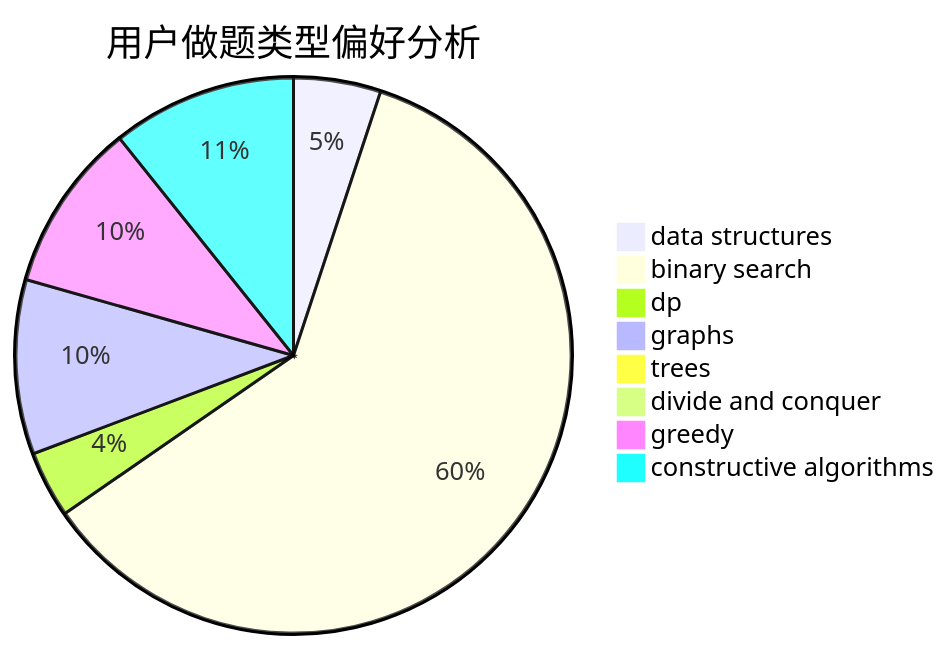
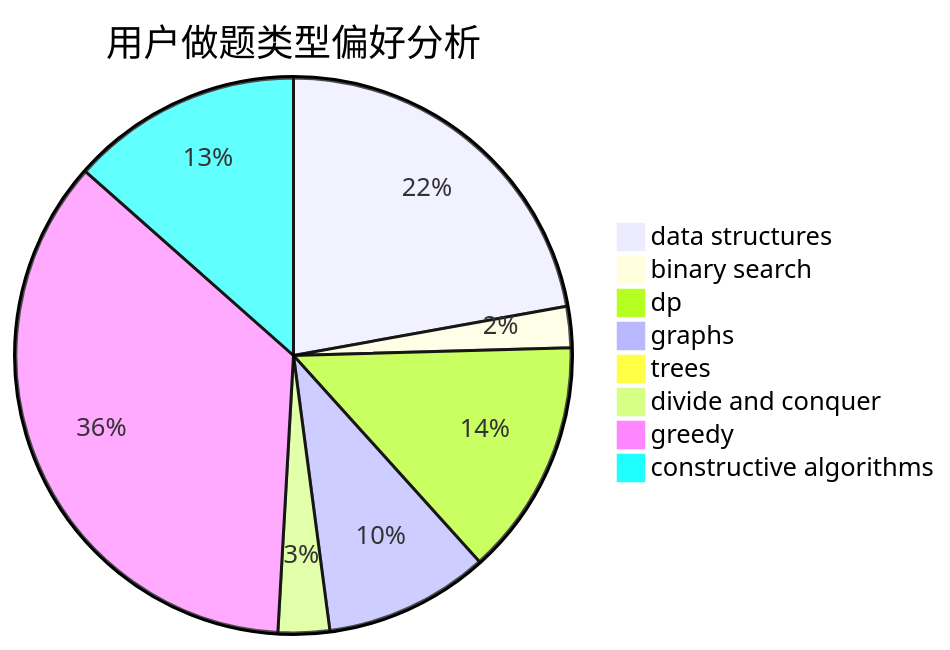
One commit to sherpahu/cfrs.github.io changed the second of 3 diagrams in docs/user/u2493.md. Above: the diagram before and after it, drawn with Mermaid. The commit also changed other lines of this file and 2770 other files, not shown here.

````diff
--- a/docs/user/u2493.md
+++ b/docs/user/u2493.md
@@ -23,11 +23,11 @@
 ```mermaid
 pie title 用户做题类型偏好分析
-    "data structures" :  17
-    "binary search" :  202
-    "dp" :  13
-    "graphs" :  34
-    "trees" :  3
-    "divide and conquer" :  0
-    "greedy" :  33
-    "constructive algorithms" :  36
+    "data structures" :  74
+    "binary search" :  8
+    "dp" :  46
+    "graphs" :  32
+    "trees" :  1
+    "divide and conquer" :  10
+    "greedy" :  119
+    "constructive algorithms" :  45
 ```
````
